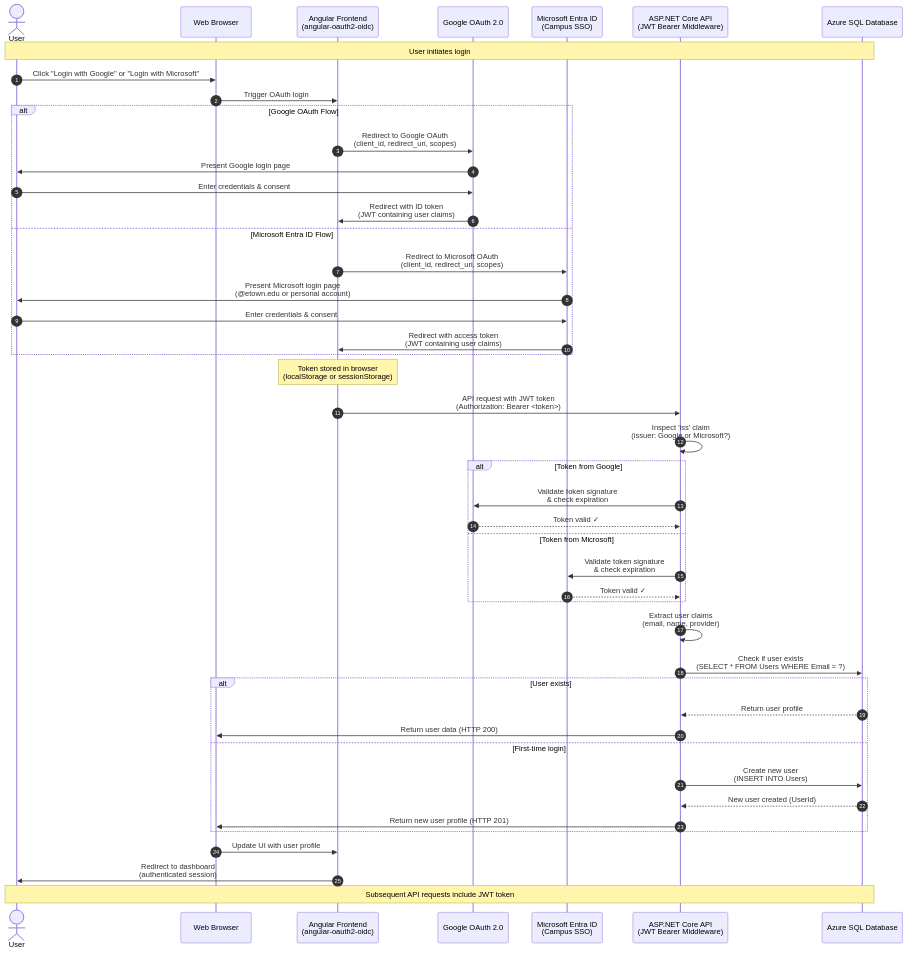
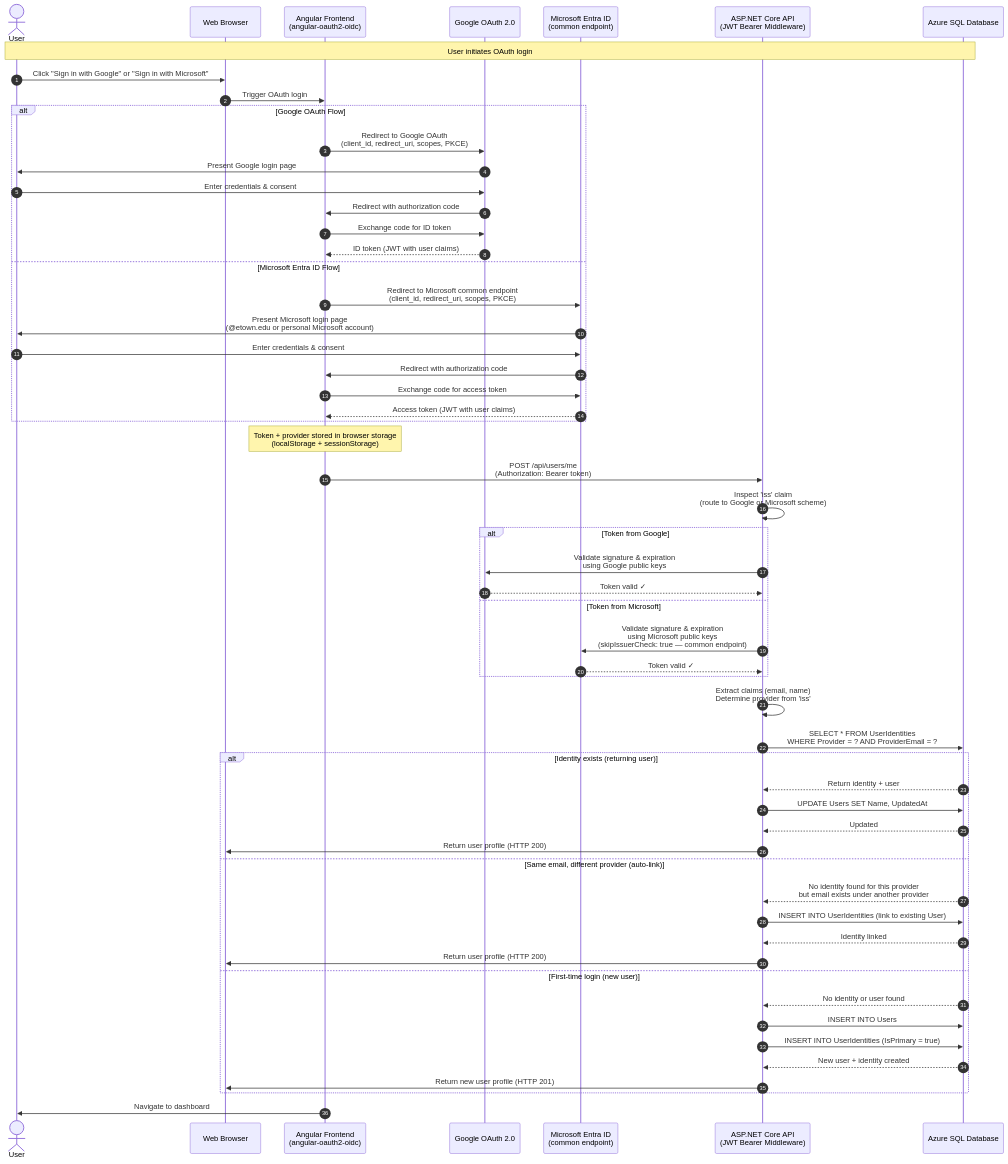
One commit to Etown-CS/JayWiki changed the first of 4 diagrams in Docs/oauthauthenticationflow.md. Above: the diagram before and after it, drawn with Mermaid. The commit also changed other lines of this file and 2 other files, not shown here.

First line of the commit message:
Docs: add local auth, update OAuth flows & stack

````diff
--- a/Docs/oauthauthenticationflow.md
+++ b/Docs/oauthauthenticationflow.md
@@ -7,60 +9,70 @@
 ```mermaid
 sequenceDiagram
     autonumber
     actor User
     participant Browser as Web Browser
     participant Frontend as Angular Frontend<br/>(angular-oauth2-oidc)
     participant Google as Google OAuth 2.0
-    participant Microsoft as Microsoft Entra ID<br/>(Campus SSO)
+    participant Microsoft as Microsoft Entra ID<br/>(common endpoint)
     participant Backend as ASP.NET Core API<br/>(JWT Bearer Middleware)
     participant DB as Azure SQL Database
 
-    Note over User,DB: User initiates login
+    Note over User,DB: User initiates OAuth login
 
-    User->>Browser: Click "Login with Google" or "Login with Microsoft"
+    User->>Browser: Click "Sign in with Google" or "Sign in with Microsoft"
     Browser->>Frontend: Trigger OAuth login
-    
+
     alt Google OAuth Flow
-        Frontend->>Google: Redirect to Google OAuth<br/>(client_id, redirect_uri, scopes)
+        Frontend->>Google: Redirect to Google OAuth<br/>(client_id, redirect_uri, scopes, PKCE)
         Google->>User: Present Google login page
         User->>Google: Enter credentials & consent
-        Google->>Frontend: Redirect with ID token<br/>(JWT containing user claims)
+        Google->>Frontend: Redirect with authorization code
+        Frontend->>Google: Exchange code for ID token
+        Google-->>Frontend: ID token (JWT with user claims)
     else Microsoft Entra ID Flow
-        Frontend->>Microsoft: Redirect to Microsoft OAuth<br/>(client_id, redirect_uri, scopes)
-        Microsoft->>User: Present Microsoft login page<br/>(@etown.edu or personal account)
+        Frontend->>Microsoft: Redirect to Microsoft common endpoint<br/>(client_id, redirect_uri, scopes, PKCE)
+        Microsoft->>User: Present Microsoft login page<br/>(@etown.edu or personal Microsoft account)
         User->>Microsoft: Enter credentials & consent
-        Microsoft->>Frontend: Redirect with access token<br/>(JWT containing user claims)
+        Microsoft->>Frontend: Redirect with authorization code
+        Frontend->>Microsoft: Exchange code for access token
+        Microsoft-->>Frontend: Access token (JWT with user claims)
     end
 
-    Note over Frontend: Token stored in browser<br/>(localStorage or sessionStorage)
+    Note over Frontend: Token + provider stored in browser storage<br/>(localStorage + sessionStorage)
 
-    Frontend->>Backend: API request with JWT token<br/>(Authorization: Bearer <token>)
-    
-    Backend->>Backend: Inspect 'iss' claim<br/>(issuer: Google or Microsoft?)
-    
+    Frontend->>Backend: POST /api/users/me<br/>(Authorization: Bearer token)
+
+    Backend->>Backend: Inspect 'iss' claim<br/>(route to Google or Microsoft scheme)
+
     alt Token from Google
-        Backend->>Google: Validate token signature<br/>& check expiration
+        Backend->>Google: Validate signature & expiration<br/>using Google public keys
         Google-->>Backend: Token valid ✓
     else Token from Microsoft
-        Backend->>Microsoft: Validate token signature<br/>& check expiration
+        Backend->>Microsoft: Validate signature & expiration<br/>using Microsoft public keys<br/>(skipIssuerCheck: true — common endpoint)
         Microsoft-->>Backend: Token valid ✓
     end
 
-    Backend->>Backend: Extract user claims<br/>(email, name, provider)
-    
-    Backend->>DB: Check if user exists<br/>(SELECT * FROM Users WHERE Email = ?)
-    
-    alt User exists
-        DB-->>Backend: Return user profile
-        Backend->>Browser: Return user data (HTTP 200)
-    else First-time login
-        Backend->>DB: Create new user<br/>(INSERT INTO Users)
-        DB-->>Backend: New user created (UserId)
+    Backend->>Backend: Extract claims (email, name)<br/>Determine provider from 'iss'
+
+    Backend->>DB: SELECT * FROM UserIdentities<br/>WHERE Provider = ? AND ProviderEmail = ?
+
+    alt Identity exists (returning user)
+        DB-->>Backend: Return identity + user
+        Backend->>DB: UPDATE Users SET Name, UpdatedAt
+        DB-->>Backend: Updated
+        Backend->>Browser: Return user profile (HTTP 200)
+    else Same email, different provider (auto-link)
+        DB-->>Backend: No identity found for this provider<br/>but email exists under another provider
+        Backend->>DB: INSERT INTO UserIdentities (link to existing User)
+        DB-->>Backend: Identity linked
+        Backend->>Browser: Return user profile (HTTP 200)
+    else First-time login (new user)
+        DB-->>Backend: No identity or user found
+        Backend->>DB: INSERT INTO Users
+        Backend->>DB: INSERT INTO UserIdentities (IsPrimary = true)
+        DB-->>Backend: New user + identity created
         Backend->>Browser: Return new user profile (HTTP 201)
     end
 
-    Browser->>Frontend: Update UI with user profile
-    Frontend->>User: Redirect to dashboard<br/>(authenticated session)
-
-    Note over User,DB: Subsequent API requests include JWT token
+    Frontend->>User: Navigate to dashboard
 ```
````
